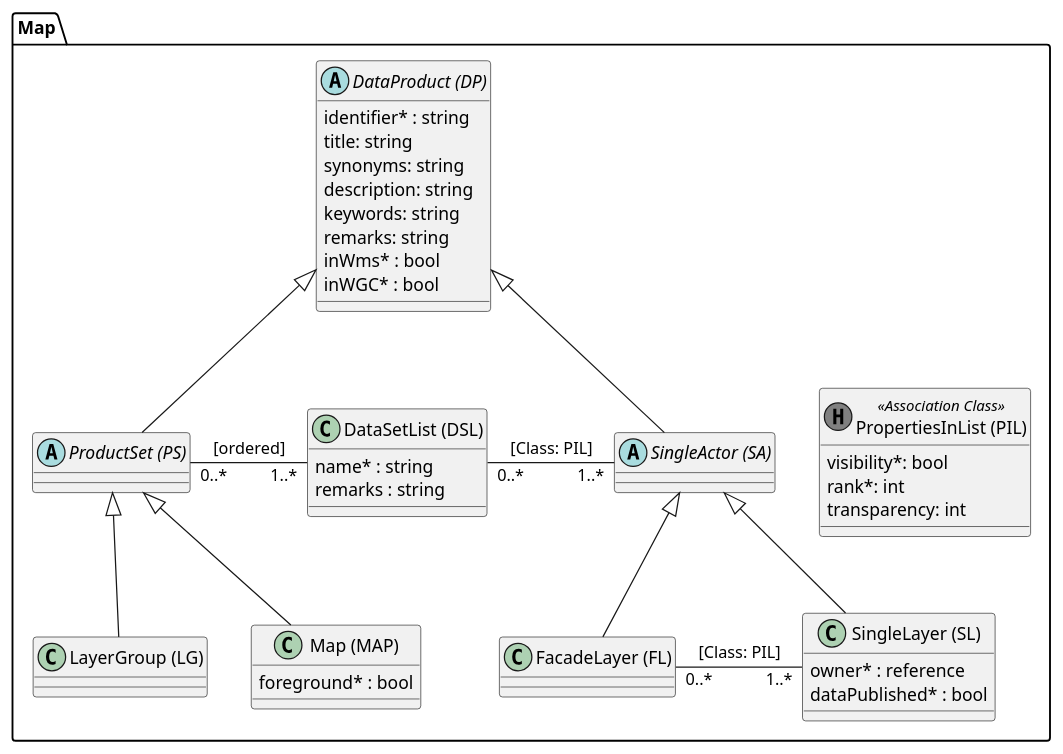
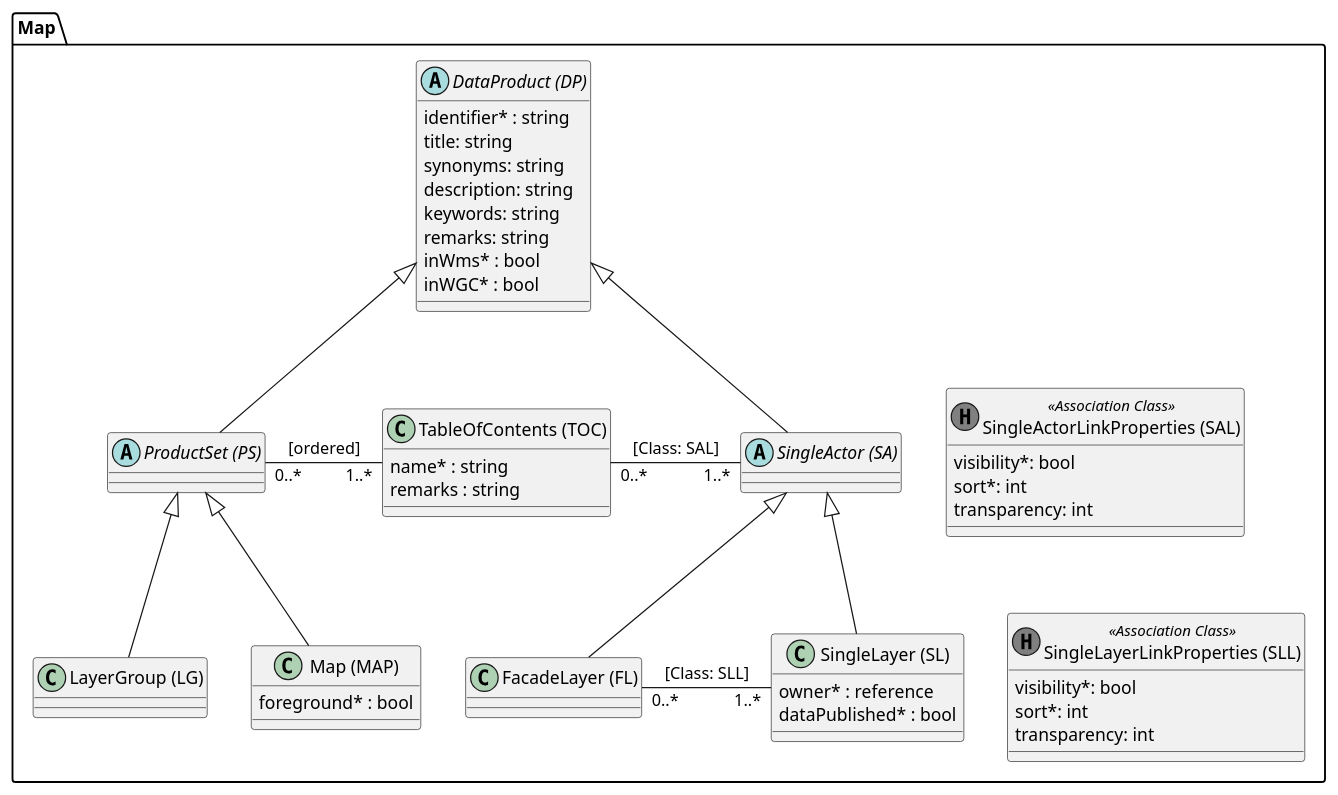
The diagram in puml/src/simi_map.puml (simi-so/mm), drawn with PlantUML before and after one commit. The commit also changed 6 other files, not shown here.

Commit message:
Rename DSL --> TOC, add LG and MAP to proto model V2

```diff
--- a/puml/src/simi_map.puml
+++ b/puml/src/simi_map.puml
@@ -1,59 +1,66 @@
 @startuml
 
 package Map {
   abstract class "DataProduct (DP)" as dp {
       identifier* : string
       title: string
       synonyms: string
       description: string
       keywords: string
       remarks: string
       inWms* : bool
       inWGC* : bool
   }
   
   abstract class "ProductSet (PS)" as ps
   class "LayerGroup (LG)" as lg
 
   class "Map (MAP)" as map {
     foreground* : bool
   }
   
-  class "DataSetList (DSL)" as dsl {
+  class "TableOfContents (TOC)" as toc {
     name* : string
     remarks : string
   }
   
   abstract class "SingleActor (SA)" as sa
 
   class "FacadeLayer (FL)" as fl
 
   class "SingleLayer (SL)" as sl {
     owner* : reference
     dataPublished* : bool
   }
   
-  class "PropertiesInList (PIL)" as pil << (H, grey) Association Class >> {
-  	visibility*: bool
-    rank*: int
-    transparency: int
+  class "SingleLayerLinkProperties (SLL)" as sll << (H, grey) Association Class >> {
+      visibility*: bool
+      sort*: int
+      transparency: int
+  }
+
+  class "SingleActorLinkProperties (SAL)" as sal << (H, grey) Association Class >> {
+      visibility*: bool
+      sort*: int
+      transparency: int
   }
   
   dp <|-- ps
   ps <|-- lg
   ps <|-- map
   
   dp <|-- sa
   sa <|-- sl
   sa <|-- fl
   
-  ps "0..*" - "1..*" dsl : [ordered]
+  ps "0..*" - "1..*" toc : [ordered]
   
-  dsl "0..*" - "1..*" sa : [Class: PIL]  
-  fl "0..*" - "1..*" sl : [Class: PIL]
+  toc "0..*" - "1..*" sa : [Class: SAL]  
+  fl "0..*" - "1..*" sl : [Class: SLL]
   
-  ' layout help
-  sa -[hidden]> pil
+  'layout help
+  sa -[hidden]> sal
+  sl -[hidden]> sll
 }
 
 @enduml
```
